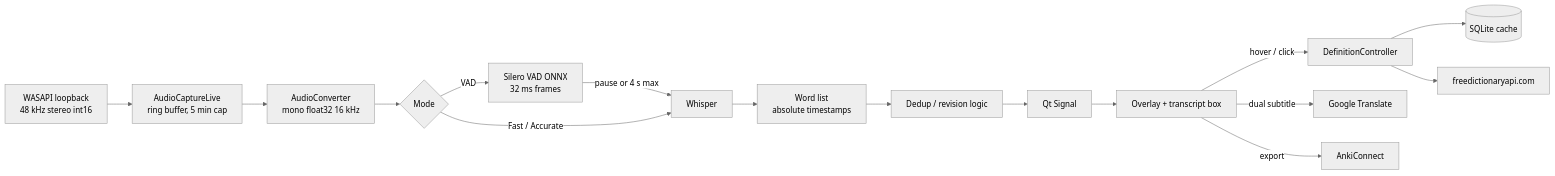
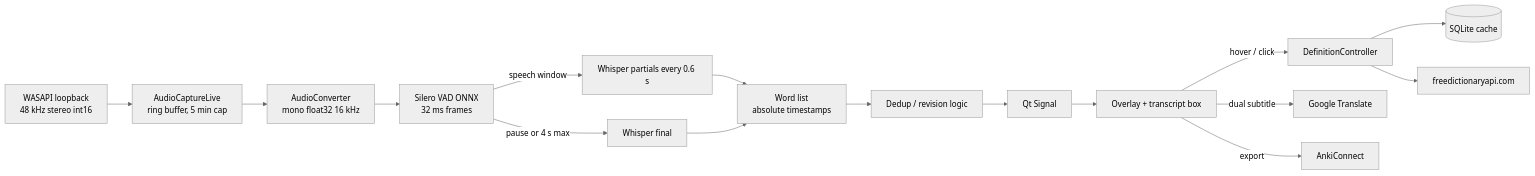
The diagram in PROJECT_CONTEXT.md (jvwb0/Subtitles-to-Anki), drawn with Mermaid (neutral theme) before and after one commit. The commit also changed other lines of this file and 5 other files, not shown here.

````diff
--- a/PROJECT_CONTEXT.md
+++ b/PROJECT_CONTEXT.md
@@ -62,18 +62,18 @@
 ```mermaid
 flowchart LR
     A[WASAPI loopback<br/>48 kHz stereo int16] --> B[AudioCaptureLive<br/>ring buffer, 5 min cap]
     B --> C[AudioConverter<br/>mono float32 16 kHz]
-    C --> D{Mode}
-    D -->|VAD| E[Silero VAD ONNX<br/>32 ms frames]
-    E -->|pause or 4 s max| F[Whisper]
-    D -->|Fast / Accurate| F
-    F --> G[Word list<br/>absolute timestamps]
+    C --> D[Silero VAD ONNX<br/>32 ms frames]
+    D -->|speech window| E[Whisper partials every 0.6 s]
+    D -->|pause or 4 s max| F[Whisper final]
+    E --> G[Word list<br/>absolute timestamps]
+    F --> G
     G --> H[Dedup / revision logic]
     H --> I[Qt Signal]
     I --> J[Overlay + transcript box]
     J -->|hover / click| K[DefinitionController]
     K --> L[(SQLite cache)]
     K --> M[freedictionaryapi.com]
     J -->|dual subtitle| N[Google Translate]
     J -->|export| O[AnkiConnect]
 ```
````
